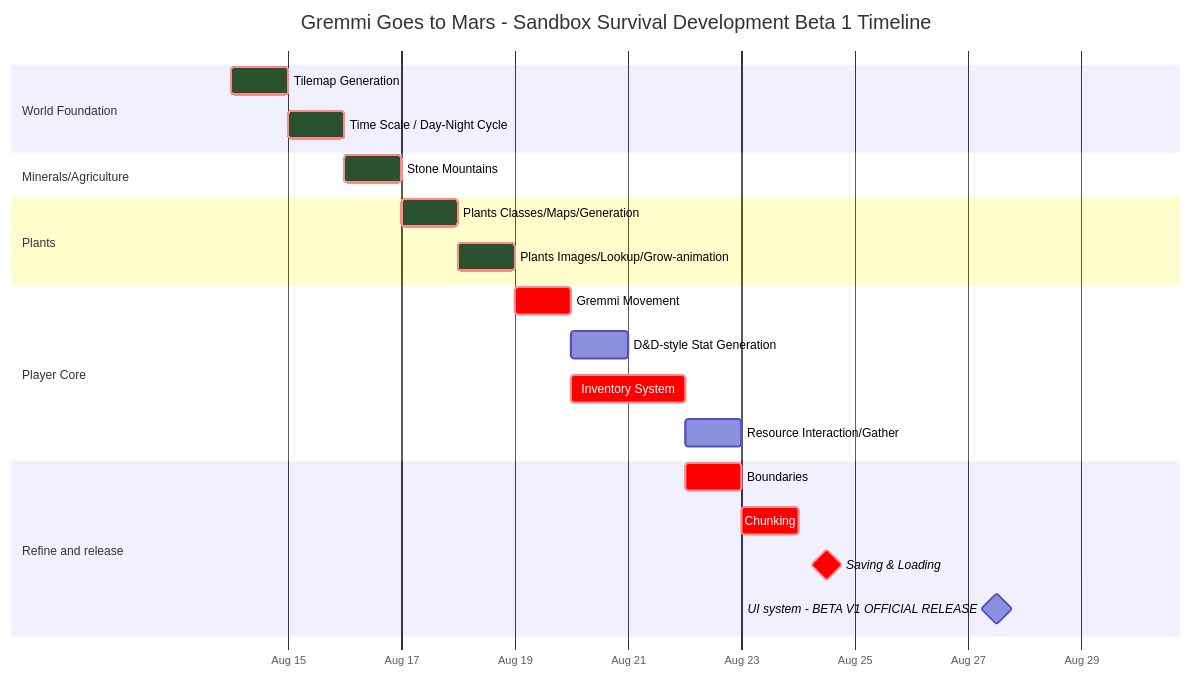
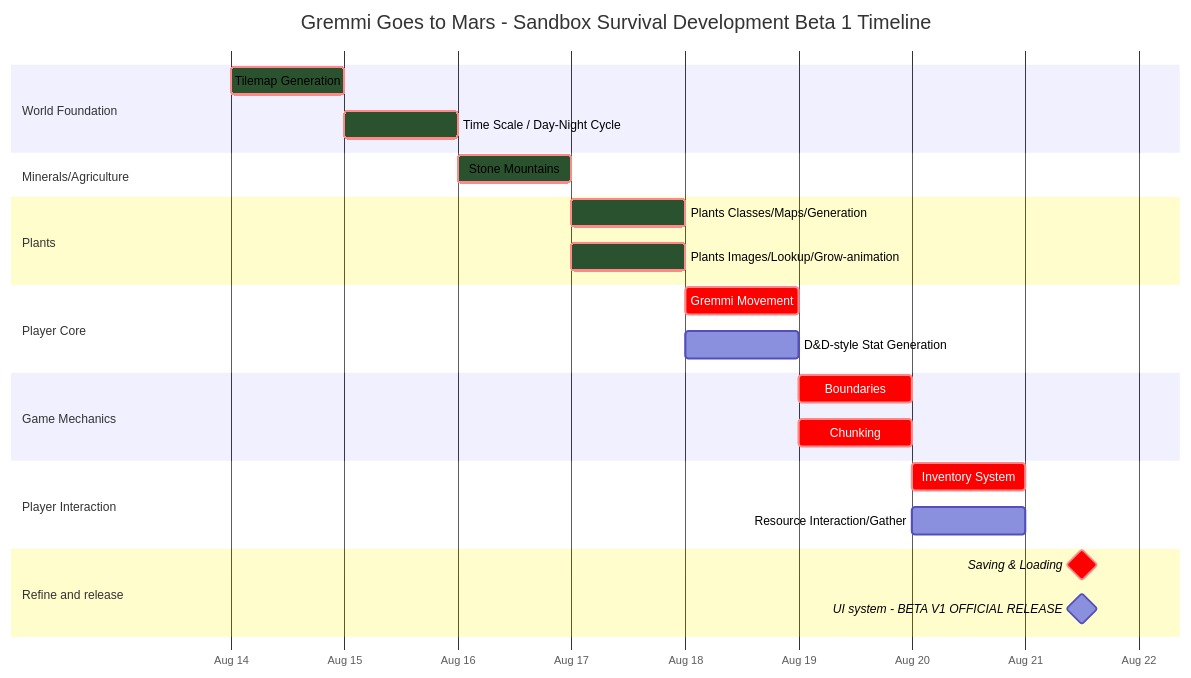
One commit to Jacobchestnut16/GremmiGoesToMars changed the second of 3 diagrams in dist/README.md. Above: the diagram before and after it, drawn with Mermaid. The commit also changed other lines of this file and 1 other file, not shown here.

Commit message:
Minerals/Agriculture: TMP v1.2

````diff
--- a/dist/README.md
+++ b/dist/README.md
@@ -49,44 +49,48 @@
 ```mermaid
 %%{
     init: {
         'gantt': {
             'leftPadding': 200,
             'barHeight': 25,
             'barGap': 15,
             'topPadding': 60
         },
         'themeVariables': {
             'doneTaskBkgColor': '#2B522EFF'
         }
     }
 }%%
 gantt
     title Gremmi Goes to Mars - Sandbox Survival Development Beta 1 Timeline
     dateFormat  YYYY-MM-DD
     axisFormat  %b %d
     
     
     section World Foundation
     Tilemap Generation                          :crit, done, a1, 2025-08-14, 1d
     Time Scale / Day-Night Cycle                :crit, done, a2, after a1, 1d
     
     section Minerals/Agriculture
     Stone Mountains                             :crit, done, a4, after a2, 1d
     
     section Plants
     Plants Classes/Maps/Generation              :crit, done, a5, after a4, 0.5d
-    Plants Images/Lookup/Grow-animation         :crit, done, a6, after a5, 0.5d
+    Plants Images/Lookup/Grow-animation         :crit, done, a6, after a4, 0.5d
    
     
     section Player Core
-    Gremmi Movement                 :crit, b1, after a6, 0.5d
-    D&D-style Stat Generation       :b2, after b1, 0.5d
-    Inventory System                :crit, b3, after b1, 2d
-    Resource Interaction/Gather     :b5, after b3, 1d
+    Gremmi Movement                 :crit, b1, after a5, 0.5d
+    D&D-style Stat Generation       :b2, after a5, 0.5d
+    
+    section Game Mechanics
+    Boundaries                      :crit, c4, after b2, 0.5d
+    Chunking                        :crit, c2, after b2, 0.5d
+    
+    section Player Interaction
+    Inventory System                :crit, b3, after c2, 0.5d
+    Resource Interaction/Gather     :b5, after c2, 0.5d
     
     section Refine and release
-    Boundaries                               :crit, c1, after b3, 0.5d
-    Chunking                                 :crit, c2, after c1, 0.5d
-    Saving & Loading                         :crit, milestone, b4, after c2, 1d
-    UI system - BETA V1 OFFICIAL RELEASE     :milestone, release1, after b4, 5d
+    Saving & Loading                         :crit, milestone, b4, after b5, 1d
+    UI system - BETA V1 OFFICIAL RELEASE     :milestone, release1, after b5, 1d
 ```
````
